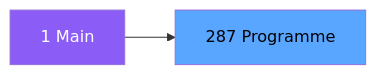
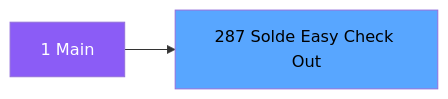
One commit to thonyAGP/magic-migration changed the second of 3 diagrams in .openspec/specs/ADH-IDE-287.md. Above: the diagram before and after it, drawn with Mermaid. The commit also changed other lines of this file and 323 other files, not shown here.

````diff
--- a/.openspec/specs/ADH-IDE-287.md
+++ b/.openspec/specs/ADH-IDE-287.md
@@ -123,8 +149,8 @@
 ```mermaid
 graph LR
     M[1 Main]
-    T[287 Programme]
+    T[287 Solde Easy Check Out]
     M --> T
     style M fill:#8b5cf6,color:#fff
     style T fill:#58a6ff,color:#000
 ```
````
